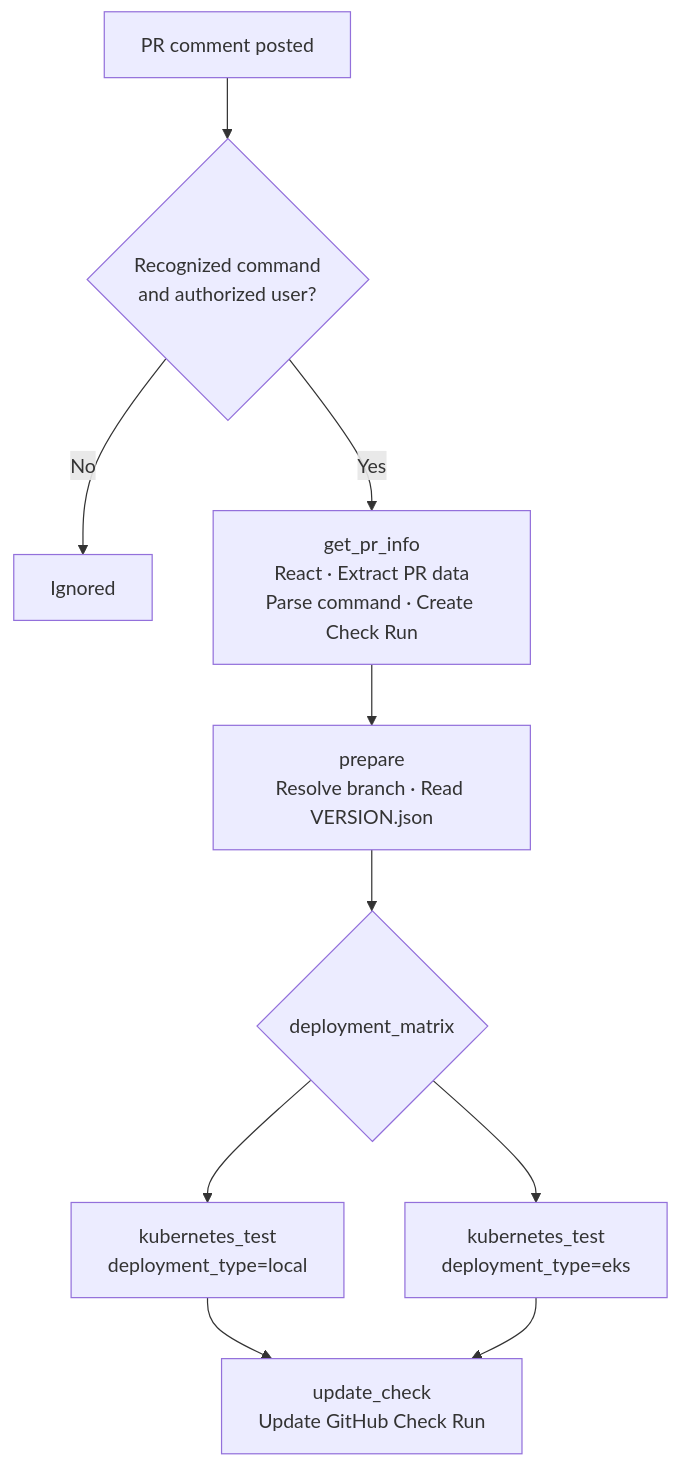
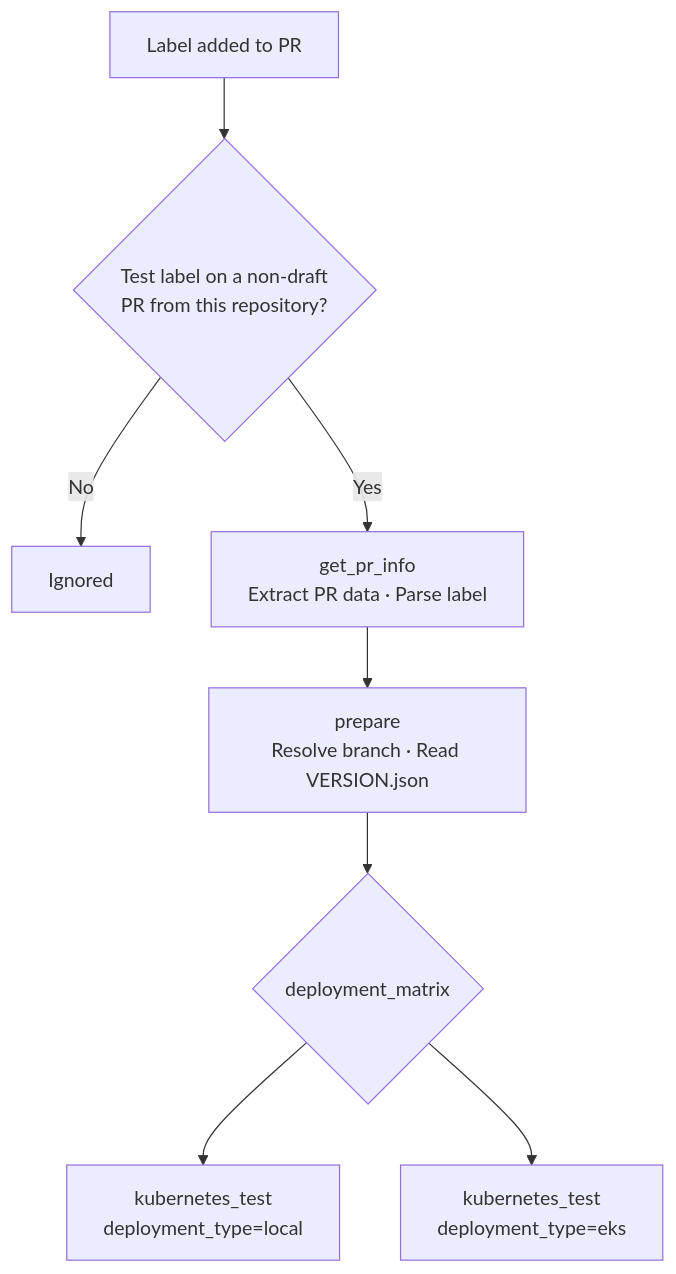
Before and after one commit to wazuh/wazuh-kubernetes: the first of 2 diagrams in docs/ref/integration_test/k8s_integration_tests.md, drawn with Mermaid. The commit also changed other lines of this file and 2 other files, not shown here.

Commit message:
Change test triggers

````diff
--- a/docs/ref/integration_test/k8s_integration_tests.md
+++ b/docs/ref/integration_test/k8s_integration_tests.md
@@ -26,12 +32,10 @@
 ```mermaid
 flowchart TD
-    A[PR comment posted] --> B{Recognized command\nand authorized user?}
+    A[Label added to PR] --> B{Test label on a non-draft\nPR from this repository?}
     B -- No --> Z[Ignored]
-    B -- Yes --> C[get_pr_info\nReact · Extract PR data\nParse command · Create Check Run]
+    B -- Yes --> C[get_pr_info\nExtract PR data · Parse label]
     C --> D[prepare\nResolve branch · Read VERSION.json]
     D --> E{deployment_matrix}
     E --> F[kubernetes_test\ndeployment_type=local]
     E --> G[kubernetes_test\ndeployment_type=eks]
-    F --> H[update_check\nUpdate GitHub Check Run]
-    G --> H
 ```
````
